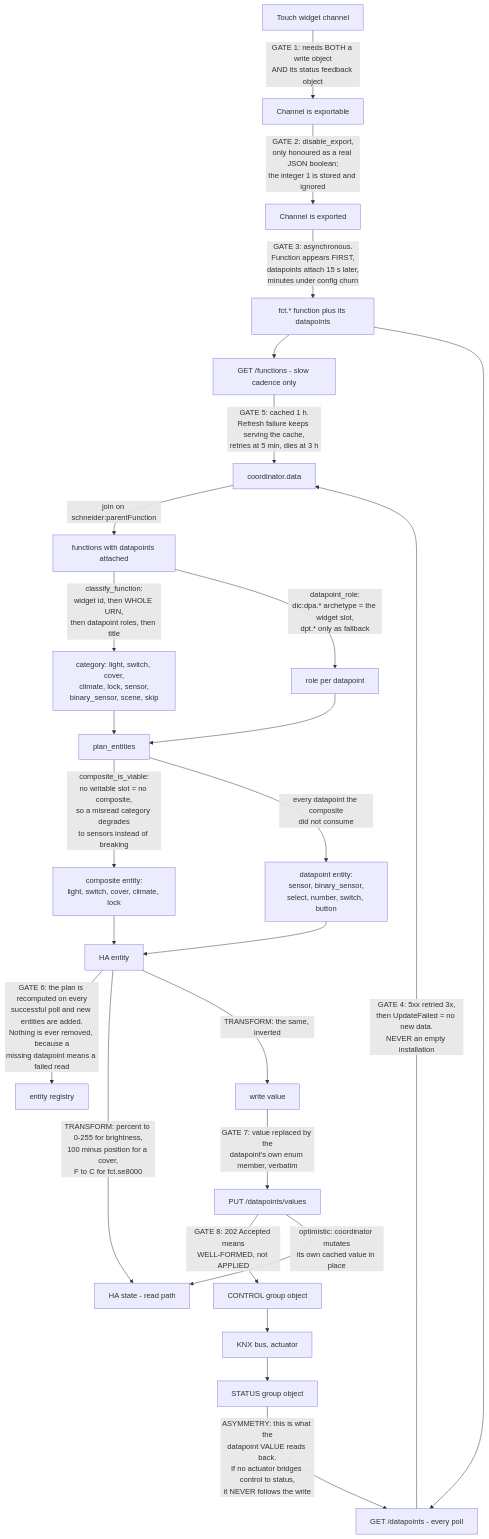
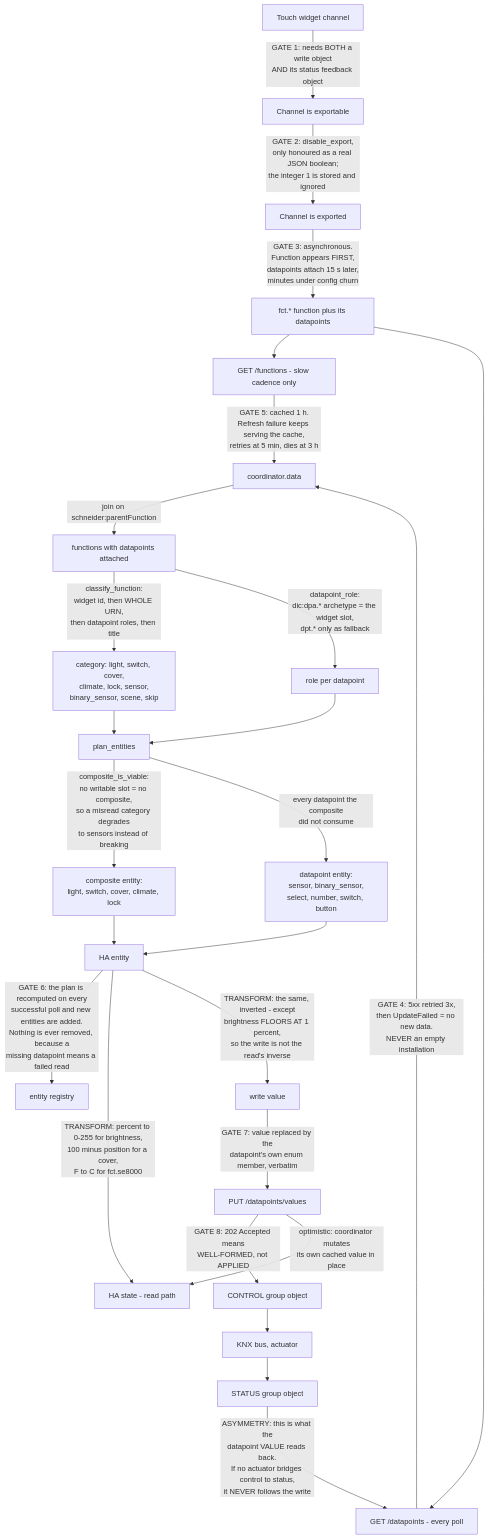
The second of 2 diagrams in docs/architecture.md (bartosekpetr/HomelYnk-HA), drawn with Mermaid before and after one commit. The commit also changed other lines of this file, not shown here.

````diff
--- a/docs/architecture.md
+++ b/docs/architecture.md
@@ -506,34 +516,34 @@
 ```mermaid
 flowchart TB
   W0["Touch widget channel"] -->|"GATE 1: needs BOTH a write object<br/>AND its status feedback object"| W1["Channel is exportable"]
   W1 -->|"GATE 2: disable_export,<br/>only honoured as a real JSON boolean;<br/>the integer 1 is stored and ignored"| W2["Channel is exported"]
   W2 -->|"GATE 3: asynchronous.<br/>Function appears FIRST,<br/>datapoints attach 15 s later,<br/>minutes under config churn"| F["fct.* function plus its datapoints"]
 
   F --> G1["GET /functions - slow cadence only"]
   F --> G2["GET /datapoints - every poll"]
 
   G2 -->|"GATE 4: 5xx retried 3x,<br/>then UpdateFailed = no new data.<br/>NEVER an empty installation"| CD["coordinator.data"]
   G1 -->|"GATE 5: cached 1 h.<br/>Refresh failure keeps serving the cache,<br/>retries at 5 min, dies at 3 h"| CD
 
   CD -->|"join on schneider:parentFunction"| FN["functions with datapoints attached"]
   FN -->|"classify_function:<br/>widget id, then WHOLE URN,<br/>then datapoint roles, then title"| CAT["category: light, switch, cover,<br/>climate, lock, sensor,<br/>binary_sensor, scene, skip"]
   FN -->|"datapoint_role:<br/>dic:dpa.* archetype = the widget slot,<br/>dpt.* only as fallback"| ROLE["role per datapoint"]
   CAT --> PLAN["plan_entities"]
   ROLE --> PLAN
   PLAN -->|"composite_is_viable:<br/>no writable slot = no composite,<br/>so a misread category degrades<br/>to sensors instead of breaking"| COMP["composite entity:<br/>light, switch, cover, climate, lock"]
   PLAN -->|"every datapoint the composite<br/>did not consume"| DPE["datapoint entity:<br/>sensor, binary_sensor,<br/>select, number, switch, button"]
   COMP --> E["HA entity"]
   DPE --> E
   E -->|"GATE 6: the plan is recomputed on every<br/>successful poll and new entities are added.<br/>Nothing is ever removed, because a<br/>missing datapoint means a failed read"| REG["entity registry"]
 
   E -->|"TRANSFORM: percent to 0-255 for brightness,<br/>100 minus position for a cover,<br/>F to C for fct.se8000"| HAST["HA state - read path"]
-  E -->|"TRANSFORM: the same, inverted"| WR["write value"]
+  E -->|"TRANSFORM: the same, inverted - except<br/>brightness FLOORS AT 1 percent,<br/>so the write is not the read's inverse"| WR["write value"]
 
   WR -->|"GATE 7: value replaced by the<br/>datapoint's own enum member, verbatim"| PUT["PUT /datapoints/values"]
   PUT -->|"GATE 8: 202 Accepted means<br/>WELL-FORMED, not APPLIED"| CTL["CONTROL group object"]
   CTL --> BUS["KNX bus, actuator"]
   BUS --> STAT["STATUS group object"]
   STAT -->|"ASYMMETRY: this is what the<br/>datapoint VALUE reads back.<br/>If no actuator bridges control to status,<br/>it NEVER follows the write"| G2
 
   PUT -->|"optimistic: coordinator mutates<br/>its own cached value in place"| HAST
 ```
````
